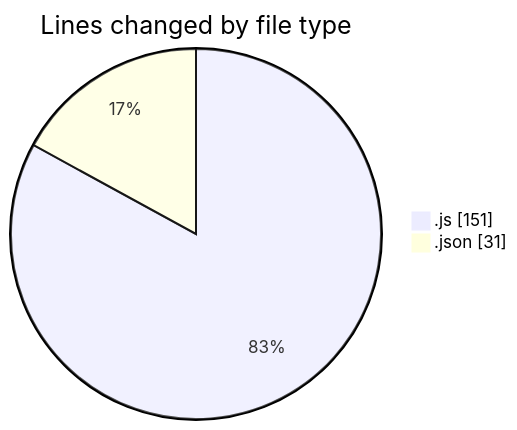
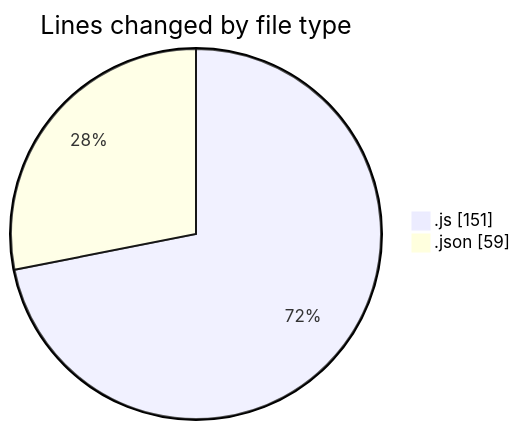
One commit to Ritupan-Deka/code-tracking changed the first of 2 diagrams in 2025-07-02/mern-thinkboard/README.md. Above: the diagram before and after it, drawn with Mermaid. The commit also changed other lines of this file and 1 other file, not shown here.

````diff
--- a/2025-07-02/mern-thinkboard/README.md
+++ b/2025-07-02/mern-thinkboard/README.md
@@ -23,6 +23,6 @@
 ```mermaid
 pie showData
 title Lines changed by file type
 ".js" : 151
-".json" : 31
+".json" : 59
 ```
````
